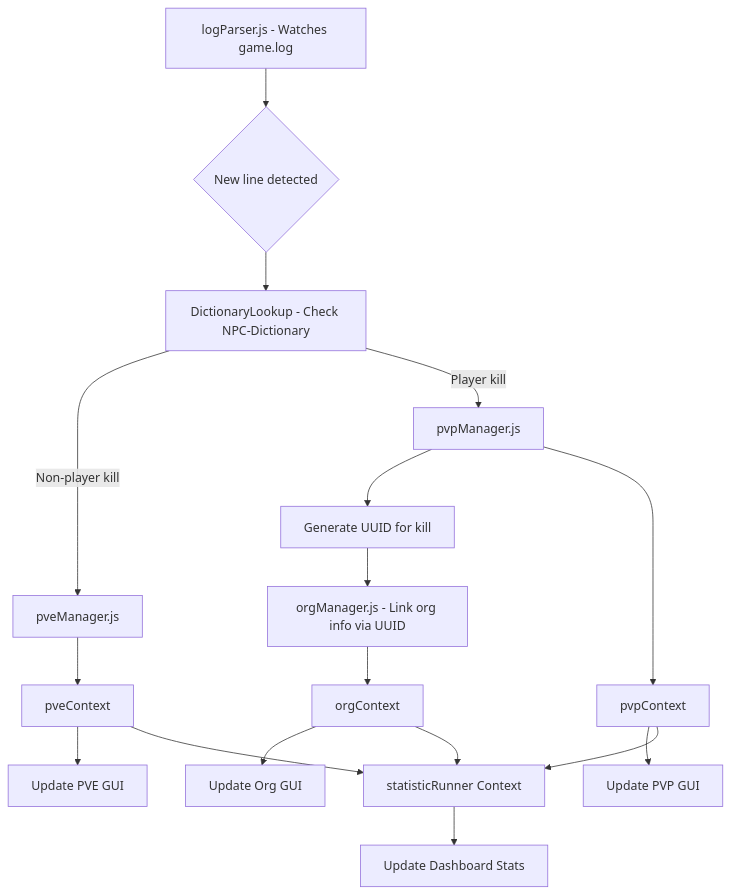
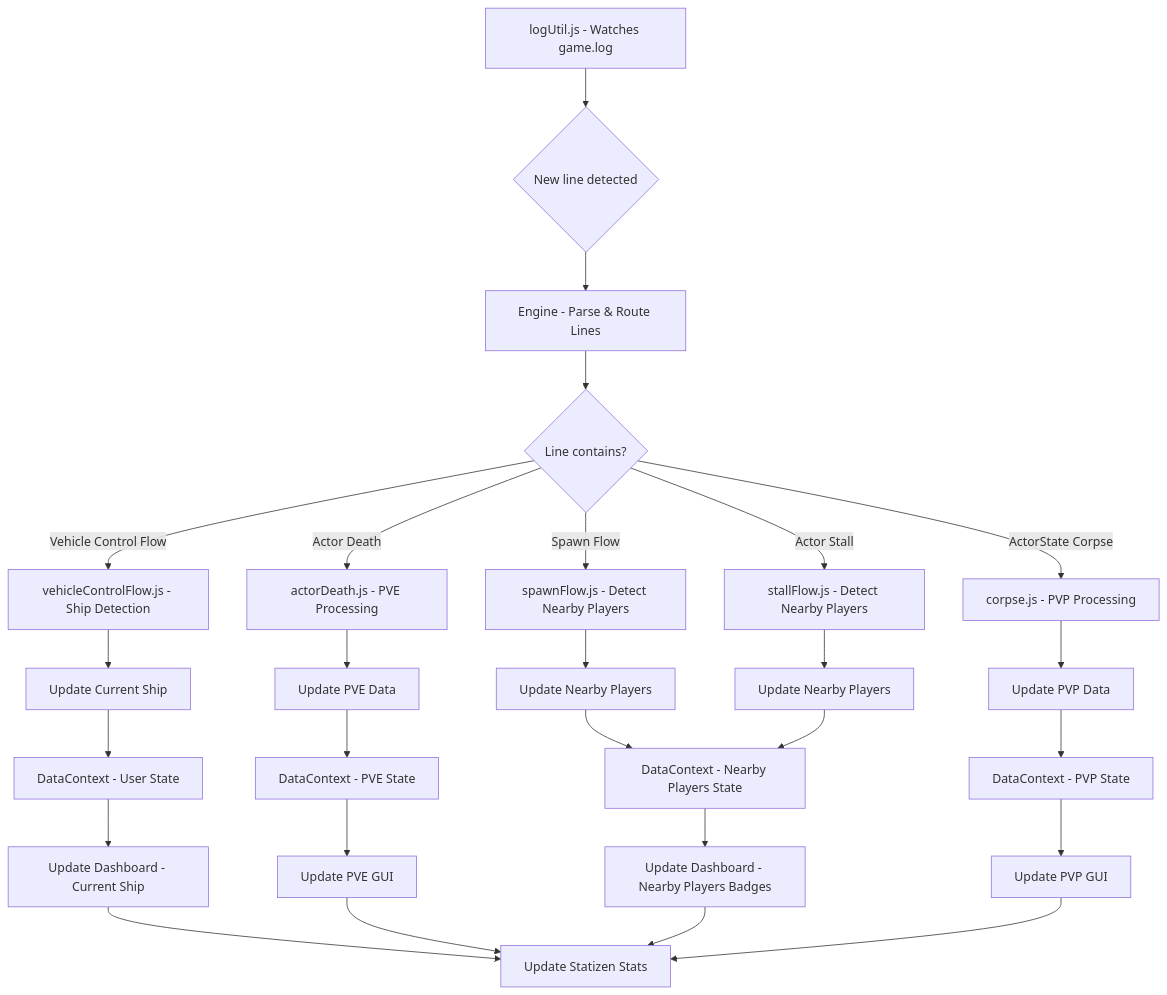
Before and after one commit to jasoncogzellmain/Statizen: the diagram in README.md, drawn with Mermaid. The commit also changed other lines of this file, not shown here.

Commit message:
update to readme for app flow

````diff
--- a/README.md
+++ b/README.md
@@ -32,25 +32,34 @@
 ```mermaid
 flowchart TD
-  A[logParser.js - Watches game.log] --> B{New line detected}
-  B --> C[DictionaryLookup - Check NPC-Dictionary]
+  A[logUtil.js - Watches game.log] --> B{New line detected}
+  B --> C[Engine - Parse & Route Lines]
 
-  C -->|Non-player kill| D[pveManager.js]
-  C -->|Player kill| E[pvpManager.js]
+  C --> D{Line contains?}
+  D -->|Actor Death| E[actorDeath.js - PVE Processing]
+  D -->|Spawn Flow| F[spawnFlow.js - Detect Nearby Players]
+  D -->|Actor Stall| G[stallFlow.js - Detect Nearby Players]
+  D -->|Vehicle Control Flow| H[vehicleControlFlow.js - Ship Detection]
+  D -->|ActorState Corpse| I[corpse.js - PVP Processing]
 
-  E --> F[Generate UUID for kill]
-  F --> G[orgManager.js - Link org info via UUID]
+  E --> J[Update PVE Data]
+  F --> K[Update Nearby Players]
+  G --> L[Update Nearby Players]
+  H --> M[Update Current Ship]
+  I --> N[Update PVP Data]
 
-  D --> H[pveContext]
-  E --> I[pvpContext]
-  G --> J[orgContext]
+  J --> O[DataContext - PVE State]
+  K --> P[DataContext - Nearby Players State]
+  L --> P
+  M --> Q[DataContext - User State]
+  N --> R[DataContext - PVP State]
 
-  H --> X[Update PVE GUI]
-  I --> Y[Update PVP GUI]
-  J --> Z[Update Org GUI]
+  O --> S[Update PVE GUI]
+  P --> T[Update Dashboard - Nearby Players Badges]
+  Q --> U[Update Dashboard - Current Ship]
+  R --> V[Update PVP GUI]
 
-  H --> R[statisticRunner Context]
-  I --> R
-  J --> R
-
-  R --> D1[Update Dashboard Stats]
+  U --> W[Update Statizen Stats]
+  S --> W
+  T --> W
+  V --> W
 ```
````
